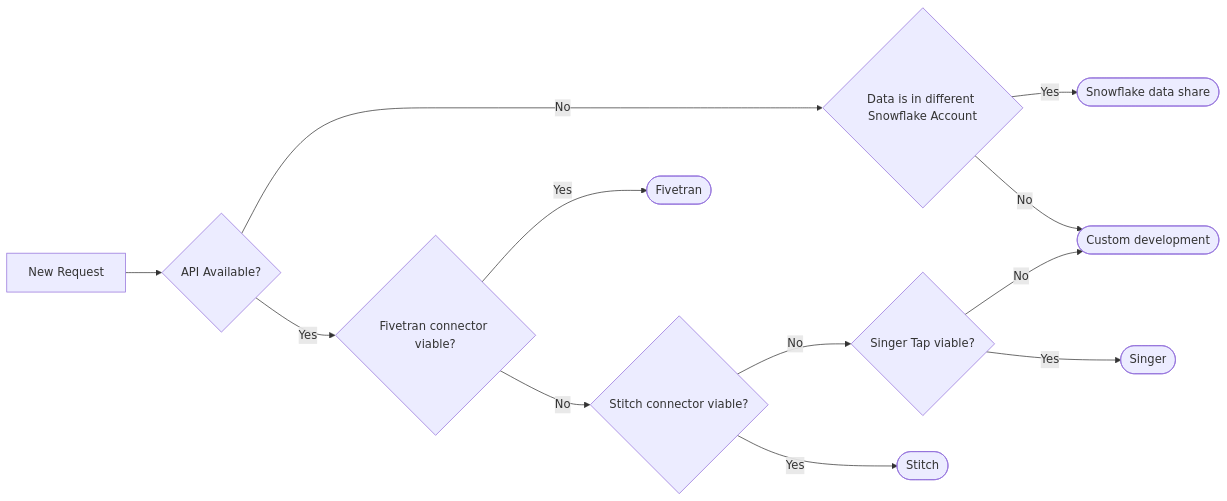
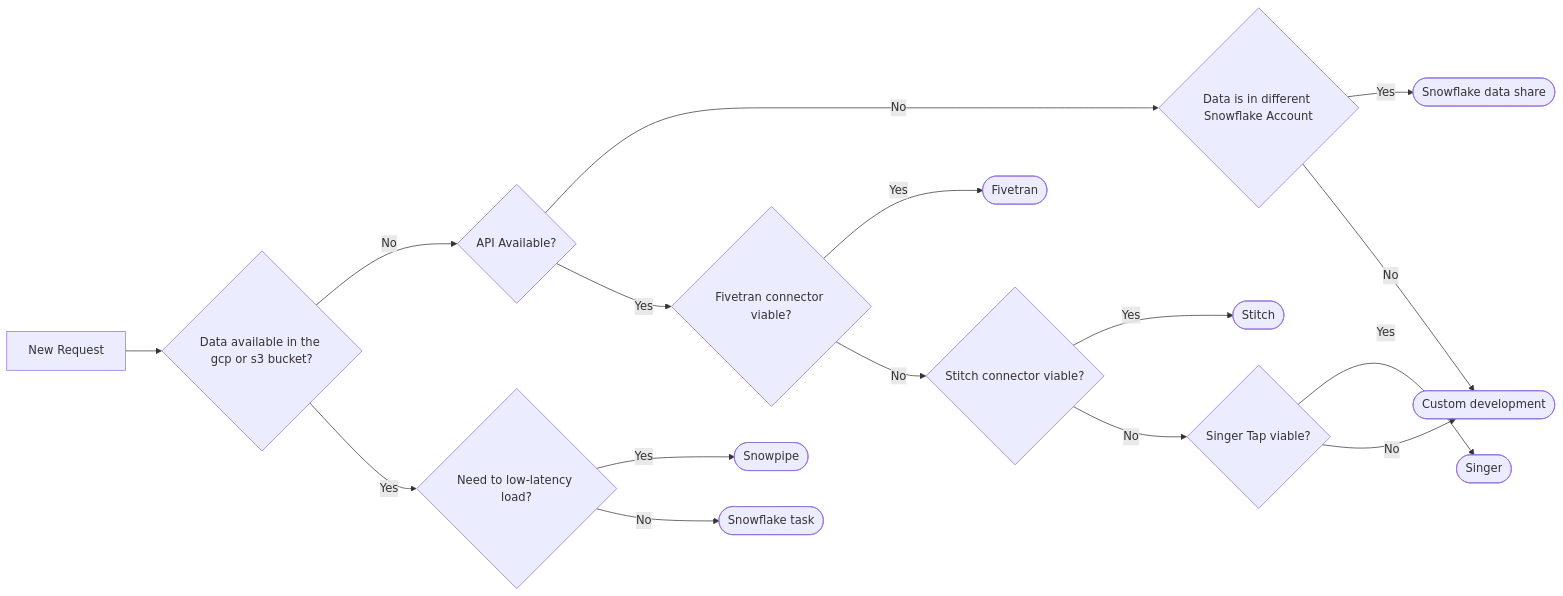
The diagram in content/handbook/business-technology/data-team/how-we-work/new-data-source.md (secretstartups/handbook), drawn with Mermaid before and after one commit. The commit also changed other lines of this file, not shown here.

Commit message:
Change decision-making diagram

````diff
--- a/content/handbook/business-technology/data-team/how-we-work/new-data-source.md
+++ b/content/handbook/business-technology/data-team/how-we-work/new-data-source.md
@@ -102,30 +104,36 @@
 ```mermaid
 graph LR
    
 %%descisions
     api_available{API Available?}
+    data_bucket{Data available in the gcp or s3 bucket?}
     fivetran_connector_available{Fivetran connector viable?}
     stitch_connector_available{Stitch connector viable?}
     data_is_ext_snowflake_sources{Data is in different Snowflake Account}
     singer_option{Singer Tap viable?}
-
+    streaming{Need to low-latency load?}
 %%end solutions
     Custom([Custom development])
     Fivetran([Fivetran])
     Singer([Singer])
     Stitch([Stitch])
     Snowflake_datashare([Snowflake data share])
-
+    Snowpipe([Snowpipe])
+    Snowflake_task([Snowflake task])
 %%flow
-    ds_request[New Request]-->api_available 
+    ds_request[New Request]-->data_bucket
+    data_bucket-->|No|api_available 
+    data_bucket-->|Yes|streaming
+    streaming-->|Yes|Snowpipe
+    streaming-->|No|Snowflake_task
     api_available-->|No|data_is_ext_snowflake_sources
     api_available-->|Yes|fivetran_connector_available
     stitch_connector_available-->|Yes|Stitch
     fivetran_connector_available-->|Yes|Fivetran
     fivetran_connector_available-->|No|stitch_connector_available
     stitch_connector_available-->|No|singer_option
     singer_option-->|Yes|Singer
     singer_option-->|No|Custom
     data_is_ext_snowflake_sources-->|Yes|Snowflake_datashare
     data_is_ext_snowflake_sources-->|No|Custom
 ```
````
